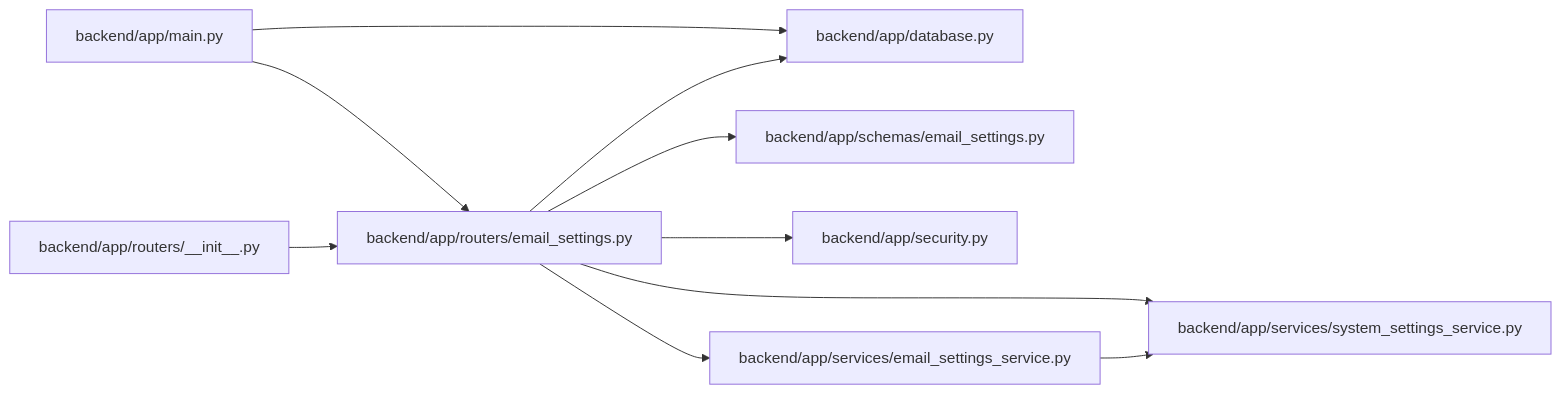
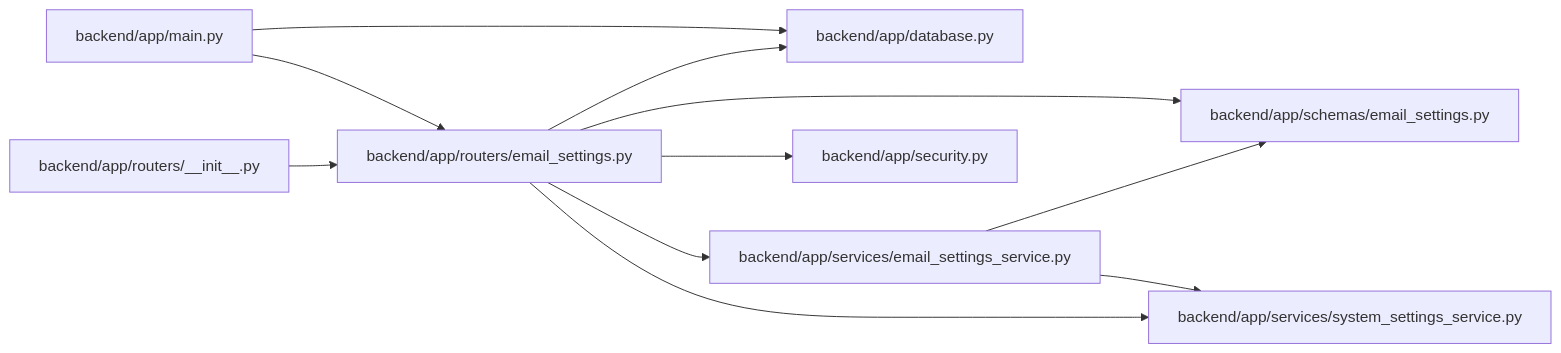
The diagram in docs/llm_wiki/modules/routers_email_settings.md (Denissvgn/WorkChord), drawn with Mermaid before and after one commit. The commit also changed 25171 other files, not shown here.

````diff
--- a/docs/llm_wiki/modules/routers_email_settings.md
+++ b/docs/llm_wiki/modules/routers_email_settings.md
@@ -26,28 +26,29 @@
 ```mermaid
 flowchart LR
     n0["backend/app/database.py"]
     n1["backend/app/main.py"]
     n2["backend/app/routers/__init__.py"]
     n3["backend/app/routers/email_settings.py"]
     n4["backend/app/schemas/email_settings.py"]
     n5["backend/app/security.py"]
     n6["backend/app/services/email_settings_service.py"]
     n7["backend/app/services/system_settings_service.py"]
     n1 --> n0
     n1 --> n3
     n2 --> n3
     n3 --> n0
     n3 --> n4
     n3 --> n5
     n3 --> n6
     n3 --> n7
+    n6 --> n4
     n6 --> n7
     click n0 "../modules/app_database.md"
     click n1 "../modules/app_main.md"
     click n2 "../modules/routers___init__.md"
     click n3 "../modules/routers_email_settings.md"
     click n4 "../modules/schemas_email_settings.md"
     click n5 "../modules/security.md"
     click n6 "../modules/email_settings_service.md"
     click n7 "../modules/system_settings_service.md"
 ```
````
